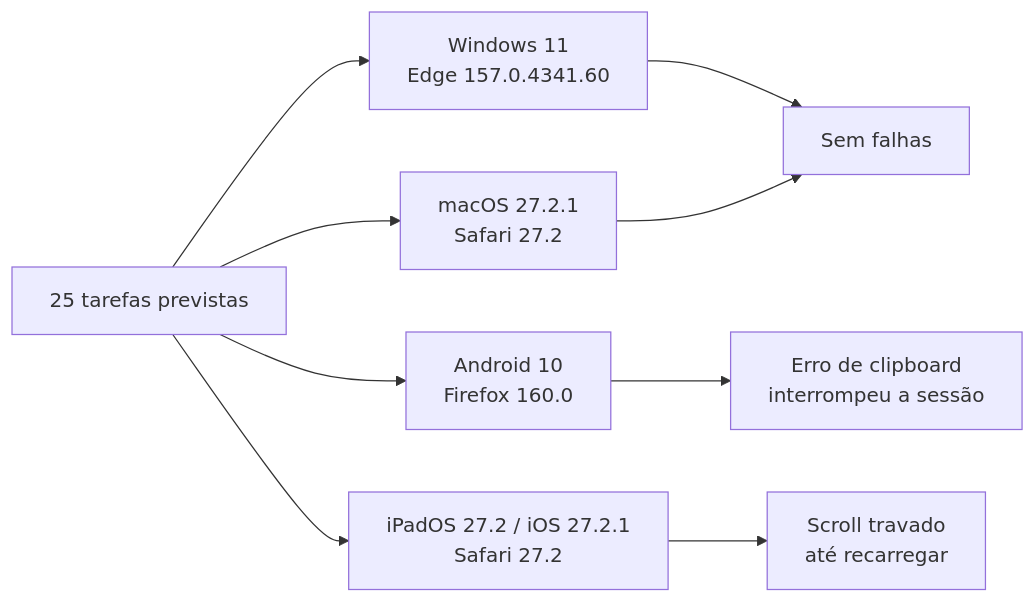
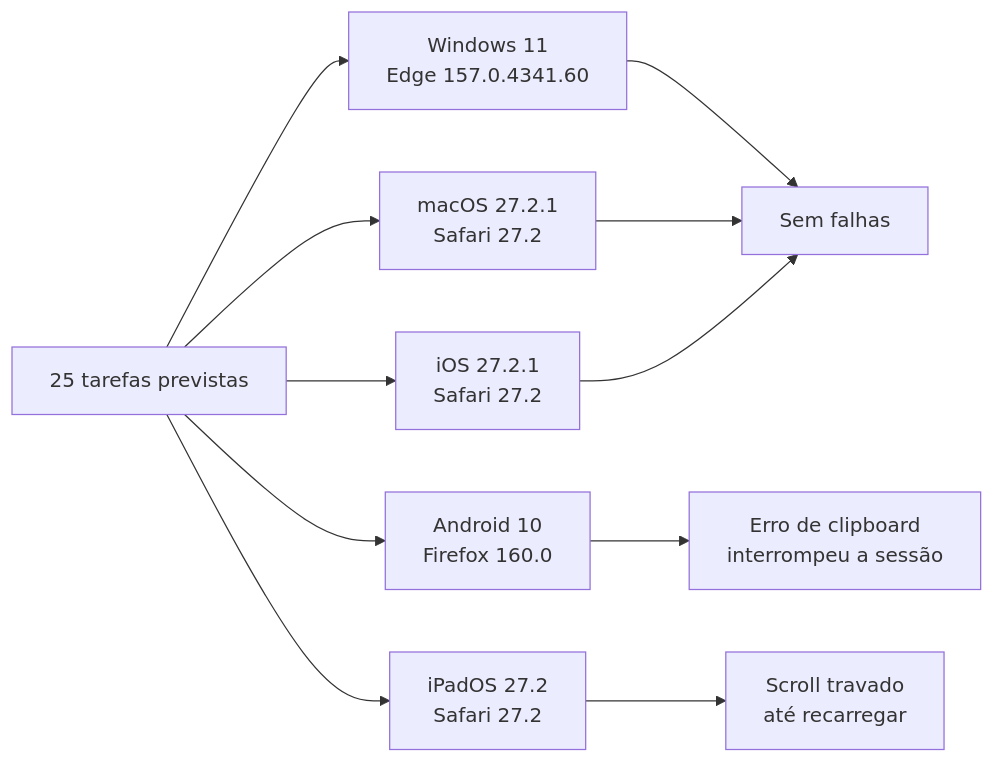
Before and after one commit to FCTE-Qualidade-de-Software-1/2026-2_T02_ADA_LOVELACE: the diagram in docs/resultados/flexibilidade/f-m2.md, drawn with Mermaid. The commit also changed other lines of this file and 3 other files, not shown here.

````diff
--- a/docs/resultados/flexibilidade/f-m2.md
+++ b/docs/resultados/flexibilidade/f-m2.md
@@ -10,11 +11,13 @@
 ```mermaid
 flowchart LR
     T["25 tarefas previstas"] --> W["Windows 11<br/>Edge 157.0.4341.60"]
     T --> M["macOS 27.2.1<br/>Safari 27.2"]
     T --> A["Android 10<br/>Firefox 160.0"]
-    T --> I["iPadOS 27.2 / iOS 27.2.1<br/>Safari 27.2"]
+    T --> I["iPadOS 27.2<br/>Safari 27.2"]
+    T --> P["iOS 27.2.1<br/>Safari 27.2"]
     W --> OK["Sem falhas"]
     M --> OK
+    P --> OK
     A --> F1["Erro de clipboard<br/>interrompeu a sessão"]
     I --> F2["Scroll travado<br/>até recarregar"]
 ```
````
